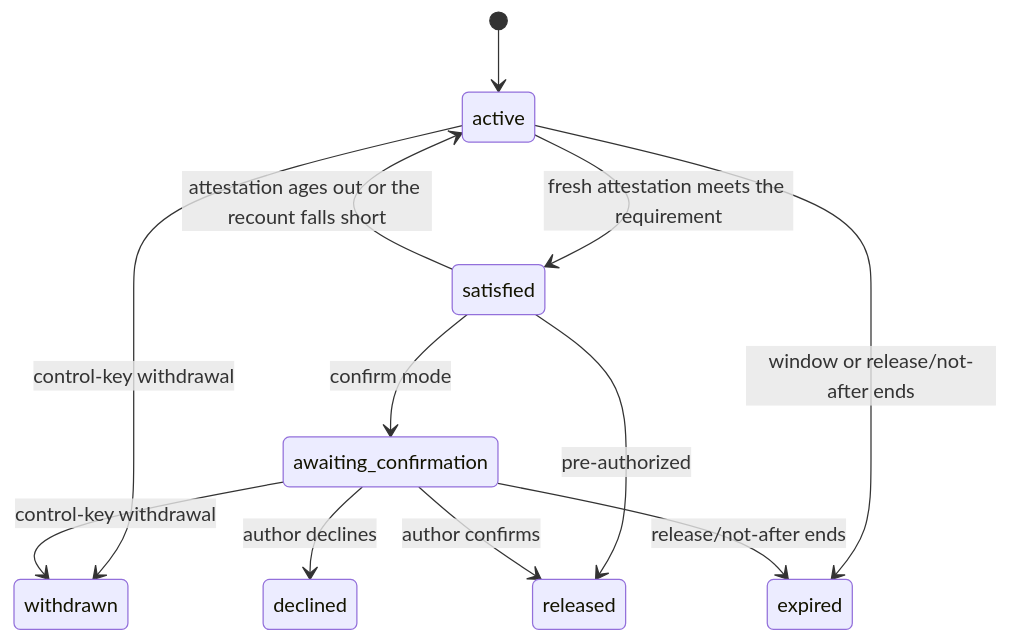
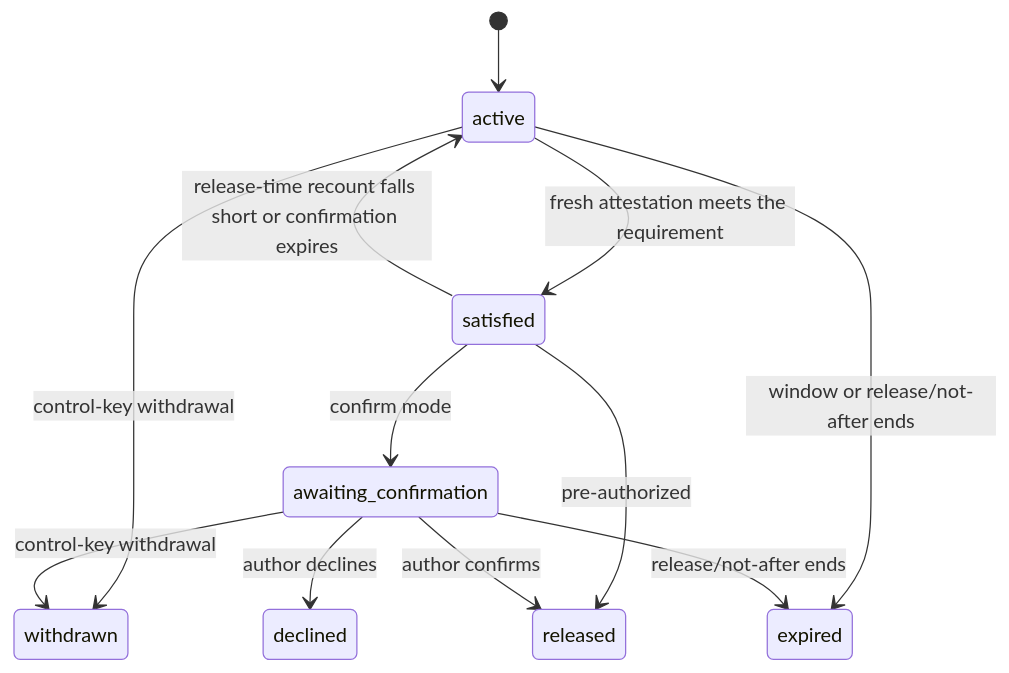
Before and after one commit to diapod/orbidocs: the diagram in doc/project/40-proposals/013-whisper-social-signal-exchange.md, drawn with Mermaid. The commit also changed other lines of this file and 3 other files, not shown here.

First line of the commit message:
Added case state, release-time recount and signature uses to Whisper

````diff
--- a/doc/project/40-proposals/013-whisper-social-signal-exchange.md
+++ b/doc/project/40-proposals/013-whisper-social-signal-exchange.md
@@ -1462,14 +1489,14 @@
 ```mermaid
 stateDiagram-v2
     [*] --> active
     active --> satisfied: fresh attestation meets the requirement
-    satisfied --> active: attestation ages out or the recount falls short
+    satisfied --> active: release-time recount falls short or confirmation expires
     satisfied --> awaiting_confirmation: confirm mode
     satisfied --> released: pre-authorized
     awaiting_confirmation --> released: author confirms
     awaiting_confirmation --> declined: author declines
     active --> withdrawn: control-key withdrawal
     awaiting_confirmation --> withdrawn: control-key withdrawal
     active --> expired: window or release/not-after ends
     awaiting_confirmation --> expired: release/not-after ends
 ```
````
